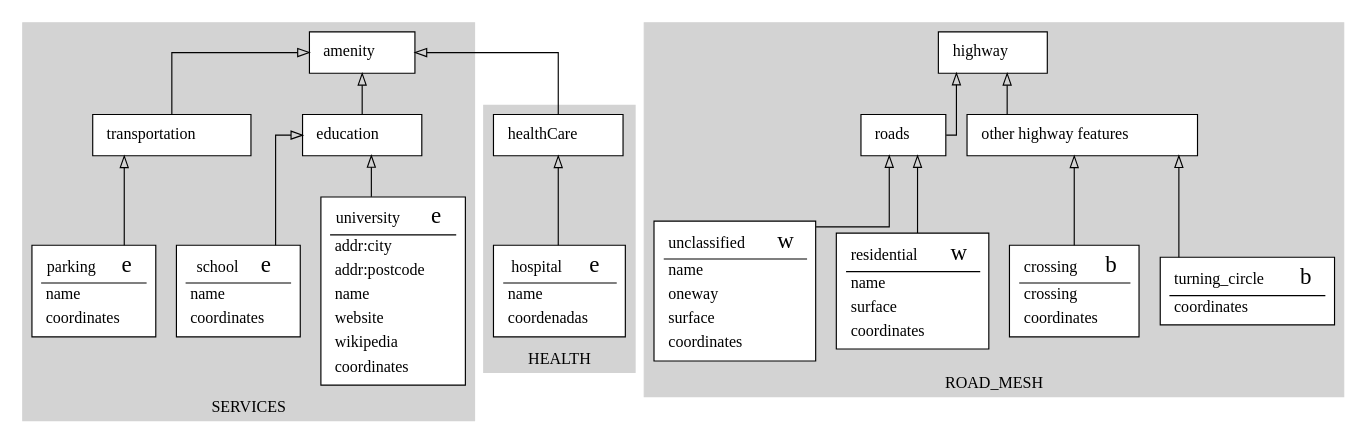
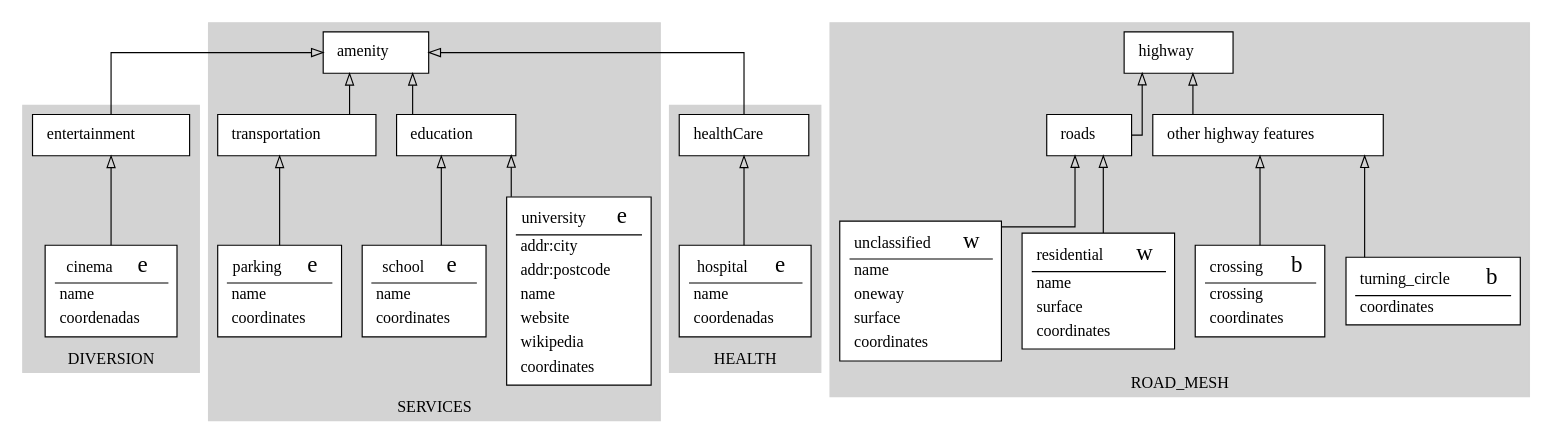
One commit to vinisperandio/OSM2Diagram_optmizated changed the diagram in schema.gv. Above: the diagram before and after it, drawn with Graphviz. The commit also changed 5 other files, not shown here.

```diff
--- a/schema.gv
+++ b/schema.gv
@@ -1,10 +1,35 @@
 digraph structs { 
 	node [shape=box]
+	subgraph cluster_DIVERSION {
+		node [color=black style=filled]
+		color=lightgrey style=filled
+		label=DIVERSION
+		0[style = "filled, bold" penwidth = "1" fillcolor="white" label=<
+			<TABLE color="black" border="0">
+			 <TR>
+				<TD align="center"><font color="black">cinema</font>  
+				<font FACE="sigmoda" POINT-SIZE="20.0"> e</font></TD>
+			</TR>
+			<hr/>
+			<TR>
+				<TD align="left">name</TD>
+			 </TR>
+			<TR>
+				<TD align="left">coordenadas</TD>
+			 </TR>
+			</TABLE>>]
+		1[style = "filled, bold" penwidth = "1" fillcolor="white" label=<
+			<TABLE color="black" border="0">
+			 <TR>
+				<TD align="center"><font color="black">entertainment</font>  </TD>
+			</TR>
+			</TABLE>>]
+	}
 	subgraph cluster_SERVICES {
 		node [color=black style=filled]
 		color=lightgrey style=filled
 		label=SERVICES
-		0[style = "filled, bold" penwidth = "1" fillcolor="white" label=<
+		2[style = "filled, bold" penwidth = "1" fillcolor="white" label=<
 			<TABLE color="black" border="0">
 			 <TR>
 				<TD align="center"><font color="black">university</font>  
@@ -30,13 +55,13 @@
 				<TD align="left">coordinates</TD>
 			 </TR>
 			</TABLE>>]
-		1[style = "filled, bold" penwidth = "1" fillcolor="white" label=<
+		3[style = "filled, bold" penwidth = "1" fillcolor="white" label=<
 			<TABLE color="black" border="0">
 			 <TR>
 				<TD align="center"><font color="black">amenity</font>  </TD>
 			</TR>
 			</TABLE>>]
-		2[style = "filled, bold" penwidth = "1" fillcolor="white" label=<
+		4[style = "filled, bold" penwidth = "1" fillcolor="white" label=<
 			<TABLE color="black" border="0">
 			 <TR>
 				<TD align="center"><font color="black">school</font>  
@@ -50,7 +75,7 @@
 				<TD align="left">coordinates</TD>
 			 </TR>
 			</TABLE>>]
-		3[style = "filled, bold" penwidth = "1" fillcolor="white" label=<
+		5[style = "filled, bold" penwidth = "1" fillcolor="white" label=<
 			<TABLE color="black" border="0">
 			 <TR>
 				<TD align="center"><font color="black">parking</font>  
@@ -64,13 +89,13 @@
 				<TD align="left">coordinates</TD>
 			 </TR>
 			</TABLE>>]
-		4[style = "filled, bold" penwidth = "1" fillcolor="white" label=<
+		6[style = "filled, bold" penwidth = "1" fillcolor="white" label=<
 			<TABLE color="black" border="0">
 			 <TR>
 				<TD align="center"><font color="black">education</font>  </TD>
 			</TR>
 			</TABLE>>]
-		5[style = "filled, bold" penwidth = "1" fillcolor="white" label=<
+		7[style = "filled, bold" penwidth = "1" fillcolor="white" label=<
 			<TABLE color="black" border="0">
 			 <TR>
 				<TD align="center"><font color="black">transportation</font>  </TD>
@@ -81,7 +106,7 @@
 		node [color=black style=filled]
 		color=lightgrey style=filled
 		label=HEALTH
-		6[style = "filled, bold" penwidth = "1" fillcolor="white" label=<
+		8[style = "filled, bold" penwidth = "1" fillcolor="white" label=<
 			<TABLE color="black" border="0">
 			 <TR>
 				<TD align="center"><font color="black">hospital</font>  
@@ -95,7 +120,7 @@
 				<TD align="left">coordenadas</TD>
 			 </TR>
 			</TABLE>>]
-		7[style = "filled, bold" penwidth = "1" fillcolor="white" label=<
+		9[style = "filled, bold" penwidth = "1" fillcolor="white" label=<
 			<TABLE color="black" border="0">
 			 <TR>
 				<TD align="center"><font color="black">healthCare</font>  </TD>
@@ -106,7 +131,7 @@
 		node [color=black style=filled]
 		color=lightgrey style=filled
 		label=ROAD_MESH
-		8[style = "filled, bold" penwidth = "1" fillcolor="white" label=<
+		10[style = "filled, bold" penwidth = "1" fillcolor="white" label=<
 			<TABLE color="black" border="0">
 			 <TR>
 				<TD align="center"><font color="black">turning_circle</font>  
@@ -117,13 +142,13 @@
 				<TD align="left">coordinates</TD>
 			 </TR>
 			</TABLE>>]
-		9[style = "filled, bold" penwidth = "1" fillcolor="white" label=<
+		11[style = "filled, bold" penwidth = "1" fillcolor="white" label=<
 			<TABLE color="black" border="0">
 			 <TR>
 				<TD align="center"><font color="black">highway</font>  </TD>
 			</TR>
 			</TABLE>>]
-		10[style = "filled, bold" penwidth = "1" fillcolor="white" label=<
+		12[style = "filled, bold" penwidth = "1" fillcolor="white" label=<
 			<TABLE color="black" border="0">
 			 <TR>
 				<TD align="center"><font color="black">crossing</font>  
@@ -137,7 +162,7 @@
 				<TD align="left">coordinates</TD>
 			 </TR>
 			</TABLE>>]
-		11[style = "filled, bold" penwidth = "1" fillcolor="white" label=<
+		13[style = "filled, bold" penwidth = "1" fillcolor="white" label=<
 			<TABLE color="black" border="0">
 			 <TR>
 				<TD align="center"><font color="black">residential</font>  
@@ -154,7 +179,7 @@
 				<TD align="left">coordinates</TD>
 			 </TR>
 			</TABLE>>]
-		12[style = "filled, bold" penwidth = "1" fillcolor="white" label=<
+		14[style = "filled, bold" penwidth = "1" fillcolor="white" label=<
 			<TABLE color="black" border="0">
 			 <TR>
 				<TD align="center"><font color="black">unclassified</font>  
@@ -174,32 +199,34 @@
 				<TD align="left">coordinates</TD>
 			 </TR>
 			</TABLE>>]
-		13[style = "filled, bold" penwidth = "1" fillcolor="white" label=<
+		15[style = "filled, bold" penwidth = "1" fillcolor="white" label=<
 			<TABLE color="black" border="0">
 			 <TR>
 				<TD align="center"><font color="black">other highway features</font>  </TD>
 			</TR>
 			</TABLE>>]
-		14[style = "filled, bold" penwidth = "1" fillcolor="white" label=<
+		16[style = "filled, bold" penwidth = "1" fillcolor="white" label=<
 			<TABLE color="black" border="0">
 			 <TR>
 				<TD align="center"><font color="black">roads</font>  </TD>
 			</TR>
 			</TABLE>>]
 	}
-		0 -> 4[arrowhead=onormal]
-		2 -> 4[arrowhead=onormal]
-		3 -> 5[arrowhead=onormal]
-		4 -> 1[arrowhead=onormal]
-		5 -> 1[arrowhead=onormal]
-		6 -> 7[arrowhead=onormal]
-		7 -> 1[arrowhead=onormal]
-		8 -> 13[arrowhead=onormal]
-		10 -> 13[arrowhead=onormal]
-		11 -> 14[arrowhead=onormal]
-		12 -> 14[arrowhead=onormal]
-		13 -> 9[arrowhead=onormal]
-		14 -> 9[arrowhead=onormal]
+		0 -> 1[arrowhead=onormal]
+		1 -> 3[arrowhead=onormal]
+		2 -> 6[arrowhead=onormal]
+		4 -> 6[arrowhead=onormal]
+		5 -> 7[arrowhead=onormal]
+		6 -> 3[arrowhead=onormal]
+		7 -> 3[arrowhead=onormal]
+		8 -> 9[arrowhead=onormal]
+		9 -> 3[arrowhead=onormal]
+		10 -> 15[arrowhead=onormal]
+		12 -> 15[arrowhead=onormal]
+		13 -> 16[arrowhead=onormal]
+		14 -> 16[arrowhead=onormal]
+		15 -> 11[arrowhead=onormal]
+		16 -> 11[arrowhead=onormal]
 	rankdir=BT
 	splines=ortho
 }
```
